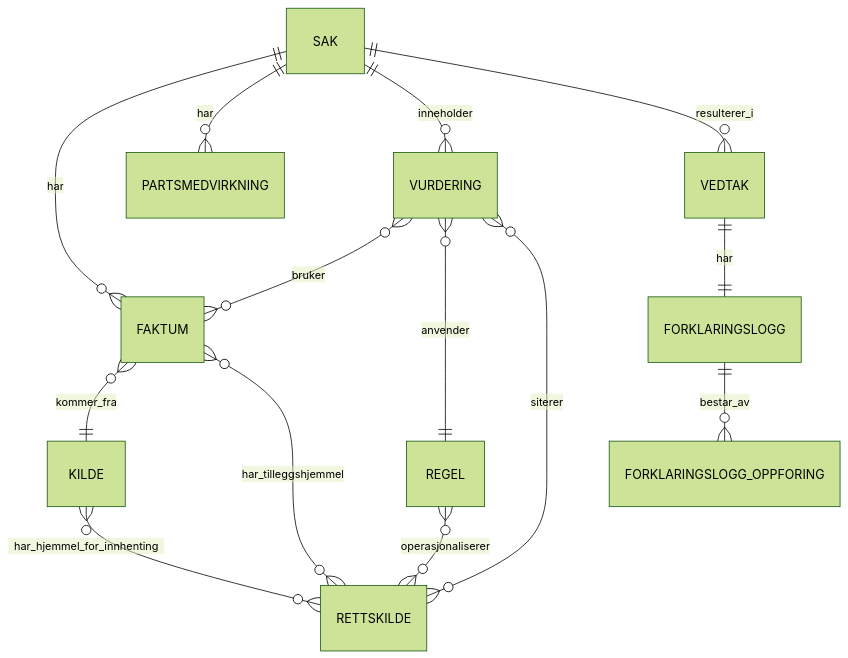
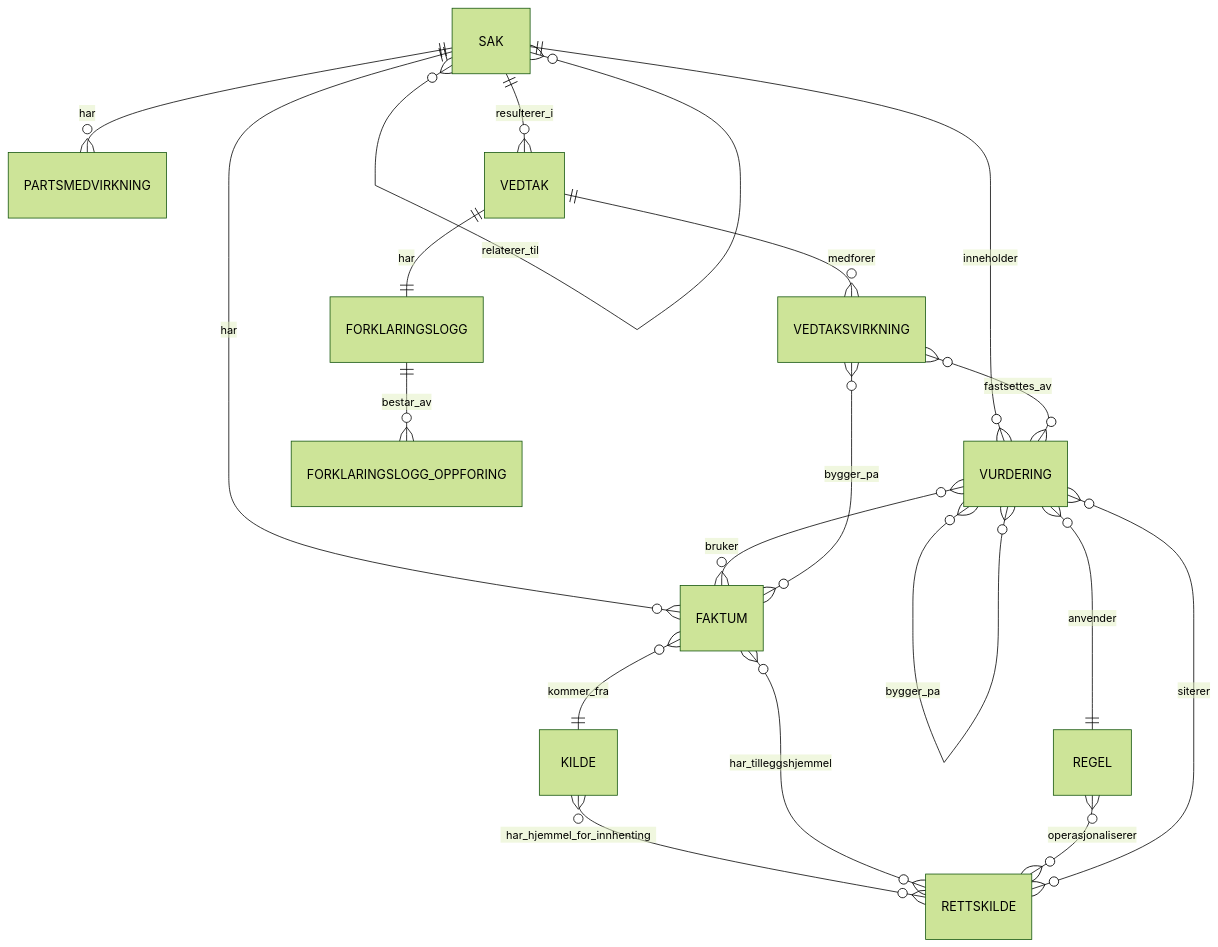
The diagram in docs/api-spesifikasjon-forklaringsmodell.md (FinnurO/forklaringsmodell-api), drawn with Mermaid (forest theme) before and after one commit. The commit also changed other lines of this file and 43 other files, not shown here.

````diff
--- a/docs/api-spesifikasjon-forklaringsmodell.md
+++ b/docs/api-spesifikasjon-forklaringsmodell.md
@@ -11,16 +11,21 @@
 ```mermaid
 erDiagram
   SAK ||--o{ FAKTUM : har
   SAK ||--o{ PARTSMEDVIRKNING : har
   SAK ||--o{ VURDERING : inneholder
   SAK ||--o{ VEDTAK : resulterer_i
   FAKTUM }o--|| KILDE : kommer_fra
   KILDE }o--o{ RETTSKILDE : har_hjemmel_for_innhenting
   FAKTUM }o--o{ RETTSKILDE : har_tilleggshjemmel
   VURDERING }o--o{ FAKTUM : bruker
   VURDERING }o--|| REGEL : anvender
   REGEL }o--o{ RETTSKILDE : operasjonaliserer
   VURDERING }o--o{ RETTSKILDE : siterer
   VEDTAK ||--|| FORKLARINGSLOGG : har
   FORKLARINGSLOGG ||--o{ FORKLARINGSLOGG_OPPFORING : bestar_av
+  VEDTAK ||--o{ VEDTAKSVIRKNING : medforer
+  VEDTAKSVIRKNING }o--o{ VURDERING : fastsettes_av
+  VEDTAKSVIRKNING }o--o{ FAKTUM : bygger_pa
+  SAK }o--o{ SAK : relaterer_til
+  VURDERING }o--o{ VURDERING : bygger_pa
 ```
````
